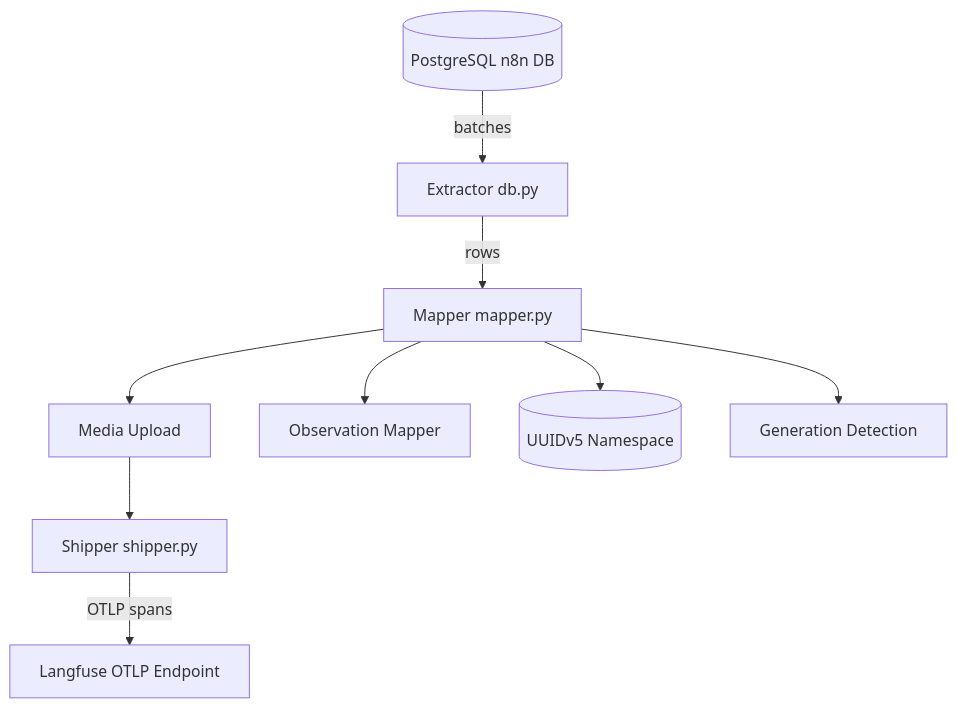
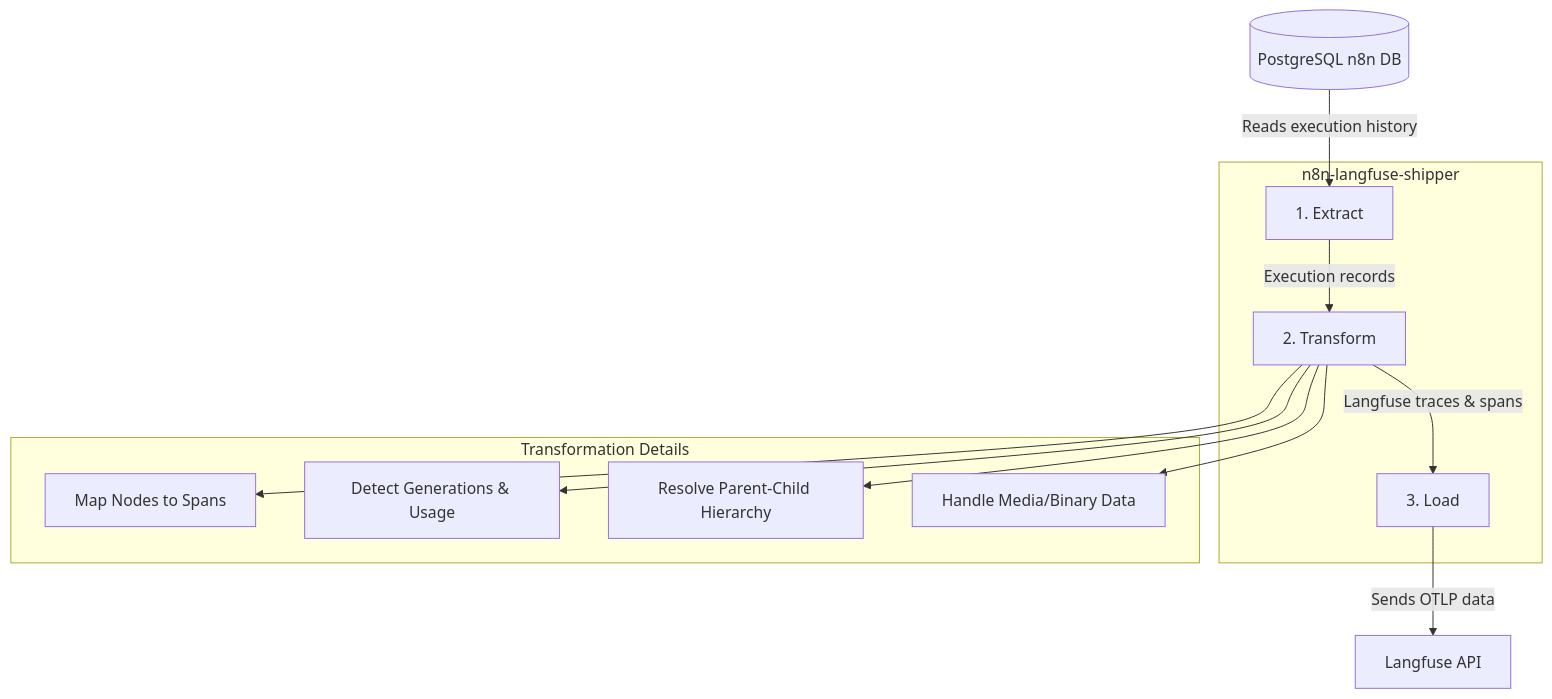
Before and after one commit to rwb-truelime/n8n-langfuse-shipper: the diagram in README.md, drawn with Mermaid. The commit also changed other lines of this file, not shown here.

````diff
--- a/README.md
+++ b/README.md
@@ -108,13 +78,20 @@
 ```mermaid
 graph TD
-	PG[(PostgreSQL n8n DB)] -->|batches| EX[Extractor db.py]
-	EX -->|rows| MAP[Mapper mapper.py]
-	MAP --> MU[Media Upload]
-	MU --> SHIP[Shipper shipper.py]
-	SHIP -->|OTLP spans| LF[Langfuse OTLP Endpoint]
-	MAP --> OBS[Observation Mapper]
-	MAP --> ID[(UUIDv5 Namespace)]
-	MAP --> GEN[Generation Detection]
+    subgraph "n8n-langfuse-shipper"
+        A[1. Extract]
+        B[2. Transform]
+        C[3. Load]
+    end
 
-	%% Media Upload optional (enabled only when ENABLE_MEDIA_UPLOAD true)
+    PG[(PostgreSQL n8n DB)] -- "Reads execution history" --> A
+    A -- "Execution records" --> B
+    B -- "Langfuse traces & spans" --> C
+    C -- "Sends OTLP data" --> LF[Langfuse API]
+
+    subgraph "Transformation Details"
+        B --> B1[Map Nodes to Spans]
+        B --> B2[Detect Generations & Usage]
+        B --> B3[Resolve Parent-Child Hierarchy]
+        B --> B4[Handle Media/Binary Data]
+    end
 ```
````
